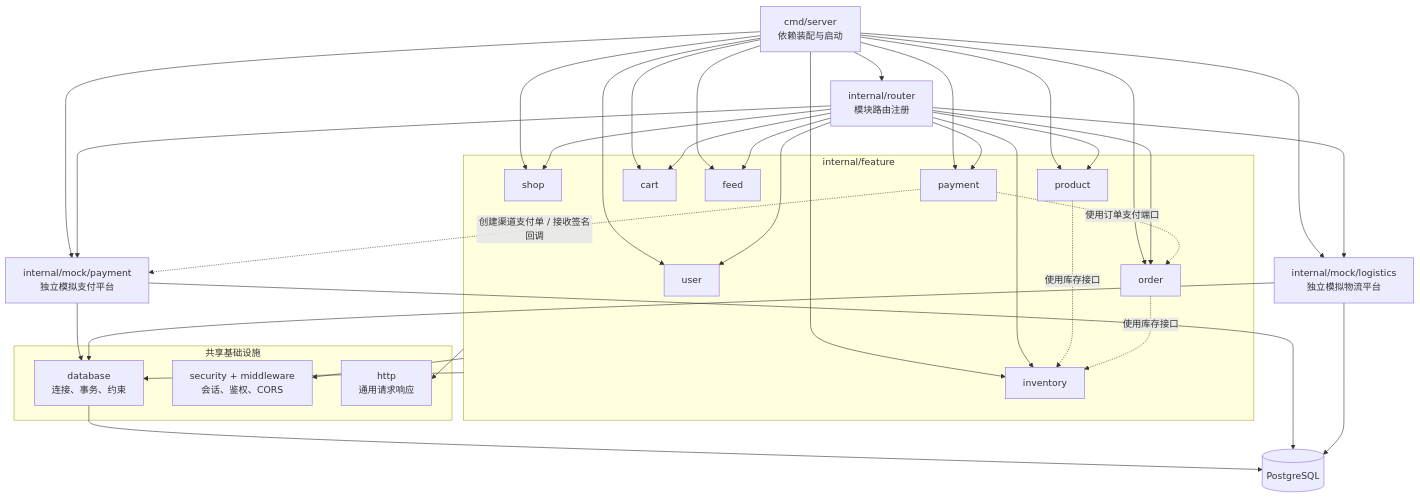
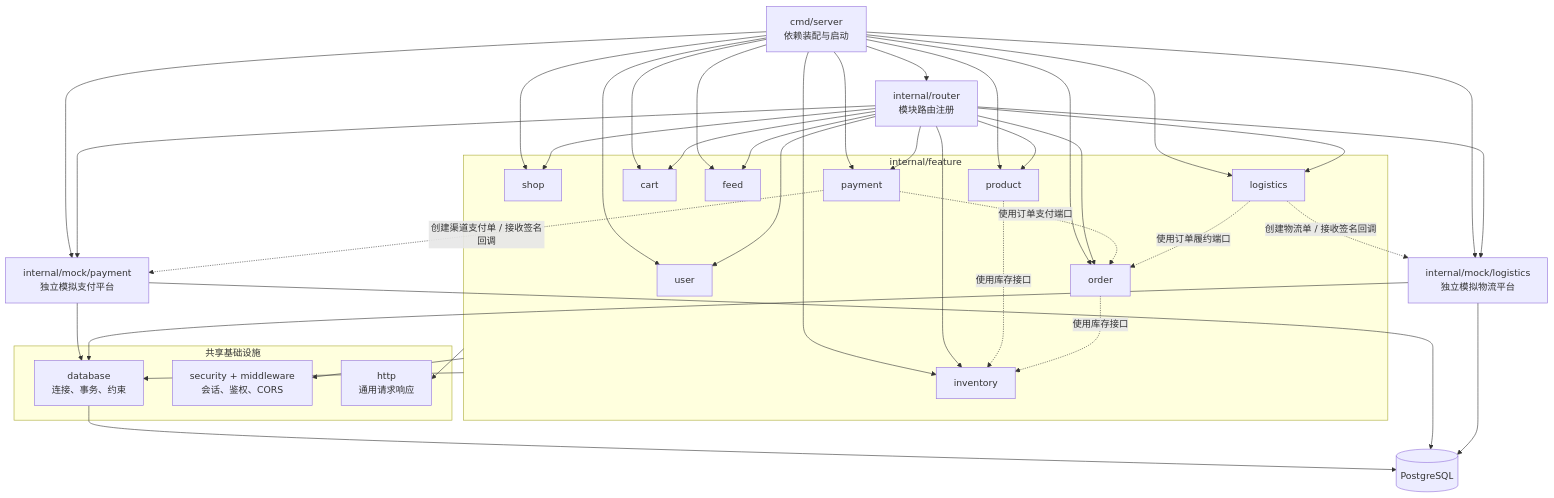
Before and after one commit to QingKong996/pinshaoshao: the second of 5 diagrams in architecture.md, drawn with Mermaid. The commit also changed other lines of this file and 68 other files, not shown here.

First line of the commit message:
feat(logistics): add shipment fulfillment flow

````diff
--- a/architecture.md
+++ b/architecture.md
@@ -28,64 +28,69 @@
 ```mermaid
 flowchart TB
     Main[cmd/server<br/>依赖装配与启动]
     Router[internal/router<br/>模块路由注册]
 
     subgraph Features[internal/feature]
         User[user]
         Shop[shop]
         Product[product]
         Inventory[inventory]
         Cart[cart]
         Feed[feed]
         Order[order]
         Payment[payment]
+        Logistics[logistics]
     end
 
     MockPayment[internal/mock/payment<br/>独立模拟支付平台]
     MockLogistics[internal/mock/logistics<br/>独立模拟物流平台]
 
     subgraph Shared[共享基础设施]
         DatabaseLayer[database<br/>连接、事务、约束]
         Security[security + middleware<br/>会话、鉴权、CORS]
         HTTPLayer[http<br/>通用请求响应]
     end
 
     PostgreSQL[(PostgreSQL)]
 
     Main --> Router
     Main --> User
     Main --> Shop
     Main --> Product
     Main --> Inventory
     Main --> Cart
     Main --> Feed
     Main --> Order
     Main --> Payment
+    Main --> Logistics
     Main --> MockPayment
     Main --> MockLogistics
 
     Router --> User
     Router --> Shop
     Router --> Product
     Router --> Inventory
     Router --> Cart
     Router --> Feed
     Router --> Order
     Router --> Payment
+    Router --> Logistics
     Router --> MockPayment
     Router --> MockLogistics
 
     Product -. 使用库存接口 .-> Inventory
     Order -. 使用库存接口 .-> Inventory
     Payment -. 使用订单支付端口 .-> Order
+    Logistics -. 使用订单履约端口 .-> Order
     Payment -. 创建渠道支付单 / 接收签名回调 .-> MockPayment
+    Logistics -. 创建物流单 / 接收签名回调 .-> MockLogistics
 
     Features --> DatabaseLayer
     Features --> Security
     Features --> HTTPLayer
     MockPayment --> DatabaseLayer
     DatabaseLayer --> PostgreSQL
     MockPayment --> PostgreSQL
     MockLogistics --> DatabaseLayer
     MockLogistics --> PostgreSQL
 ```
````
